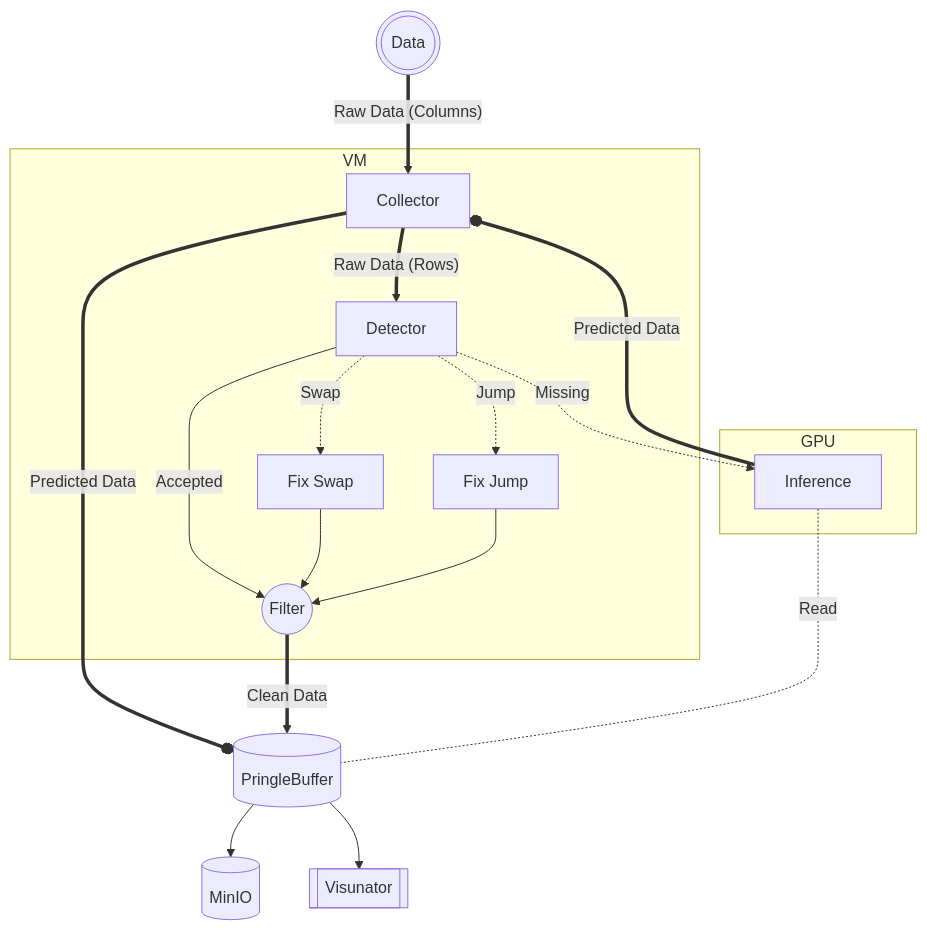
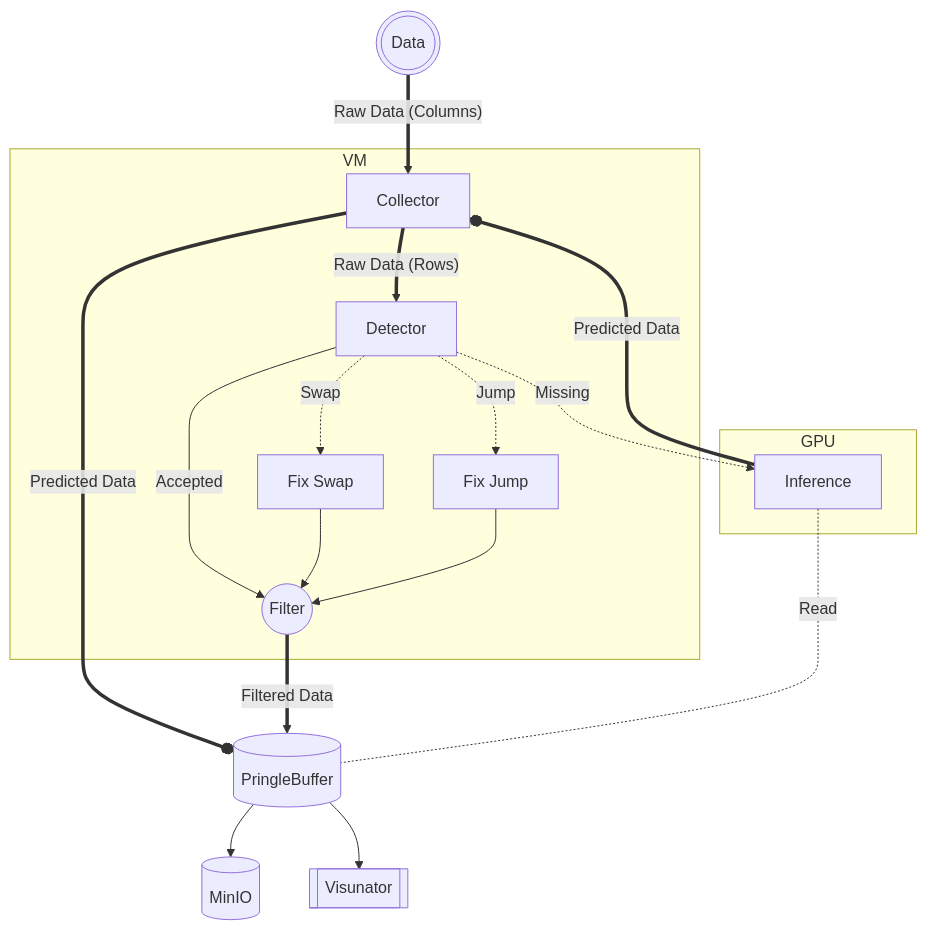
The diagram in README.md (Ygg-Drasill/DookieFilter), drawn with Mermaid before and after one commit.

````diff
--- a/README.md
+++ b/README.md
@@ -4,35 +4,35 @@
 ```mermaid
 graph TD;
     DataStream((("Data")));
     PB[(PringleBuffer)];
     MinIO[(MinIO)];
     Visunator[[Visunator]]
 
     DataStream ==>|Raw Data #40;Columns#41;|Collector;
     PB -->MinIO & Visunator;
 
     subgraph VM
     Collector["Collector"];
     Detector["Detector"];
     FixSwap["Fix Swap"];
     FixJump["Fix Jump"];
     Filter(("Filter"));
 
     Collector ==>|Raw Data #40;Rows#41;|Detector;
     Detector -.->|Swap| FixSwap;
     Detector -.->|Jump| FixJump;
     Detector -->|Accepted|Filter;
     FixSwap & FixJump -->Filter;
     end
     Collector ==o|Predicted Data|PB;
-    Filter ==>|Clean Data|PB;
+    Filter ==>|Filtered Data|PB;
 
     Detector -.->|Missing|AIInterference;
     AIInterference -.-|Read|PB;
 
     subgraph GPU
     AIInterference["Inference"];
     end
 
     AIInterference ==o|Predicted Data|Collector;
 ```
````
